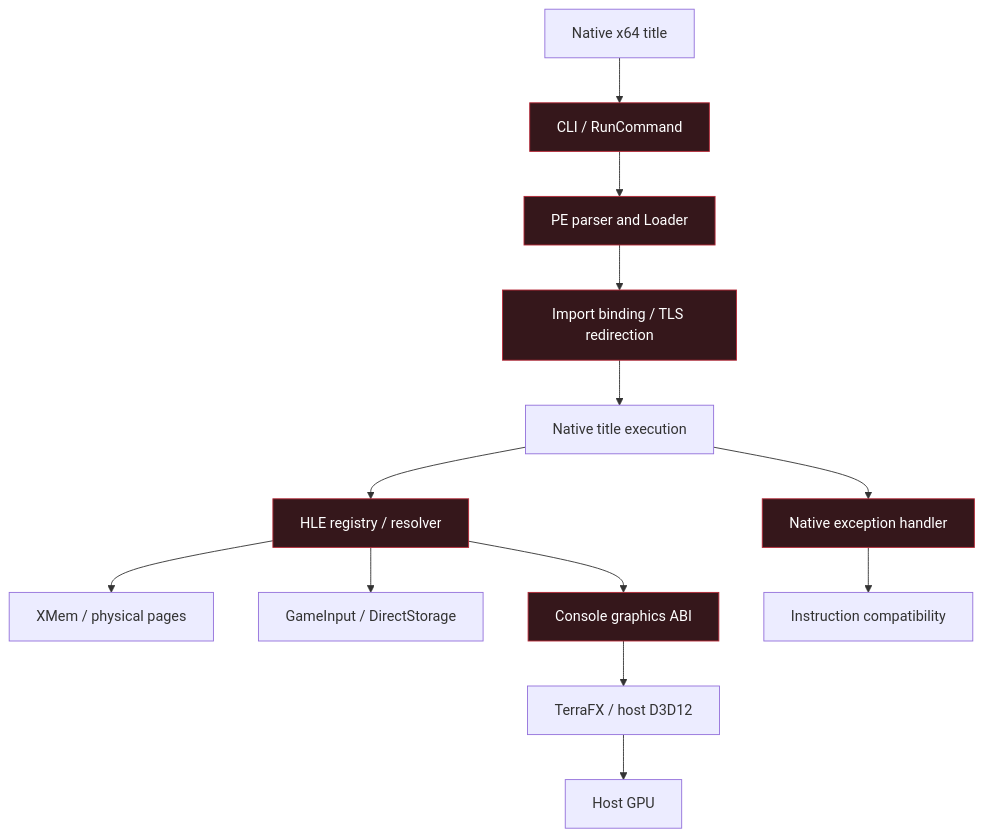
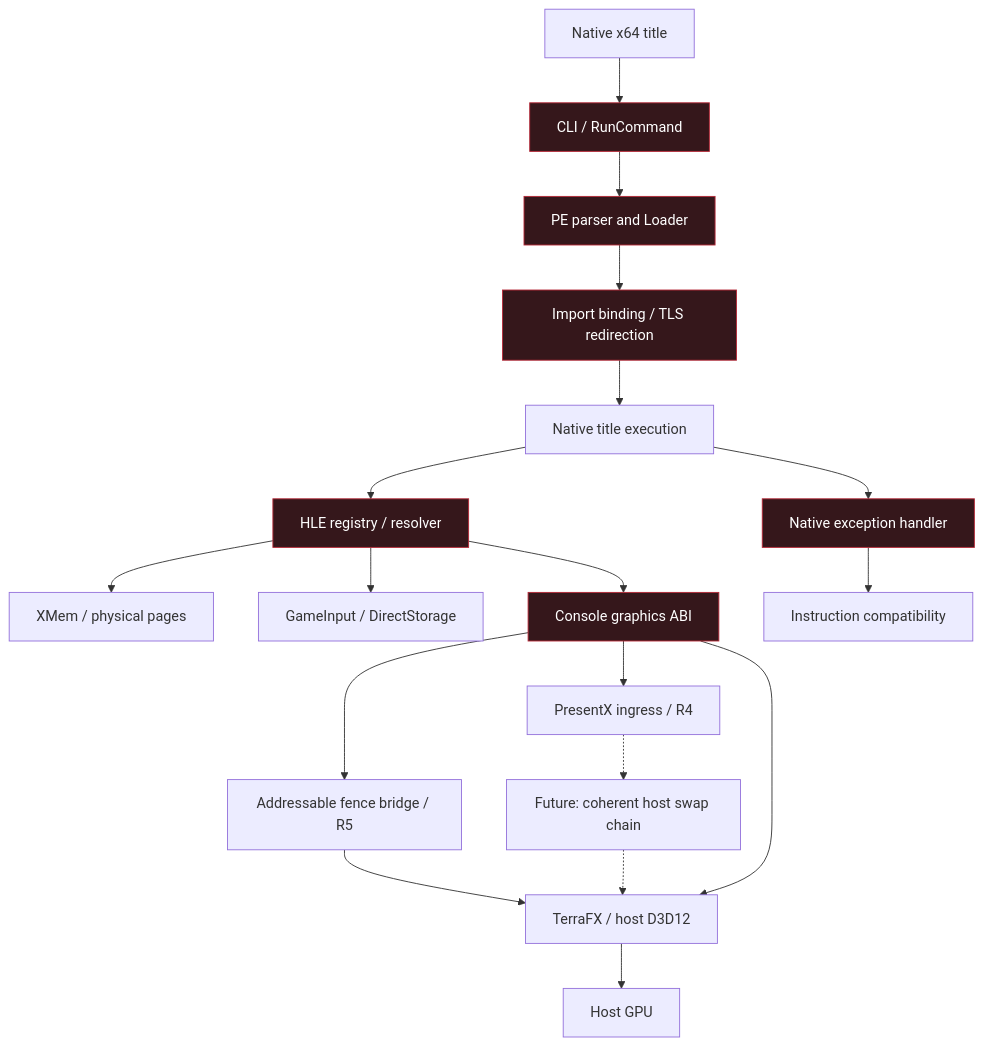
One commit to DBWilliamEngineering/IraRationis changed the first of 5 diagrams in README.md. Above: the diagram before and after it, drawn with Mermaid. The commit also changed other lines of this file and 18 other files, not shown here.

````diff
--- a/README.md
+++ b/README.md
@@ -39,17 +39,22 @@
 ```mermaid
 flowchart TD
     A[Native x64 title] --> B[CLI / RunCommand]
     B --> C[PE parser and Loader]
     C --> D[Import binding / TLS redirection]
     D --> E[Native title execution]
     E --> F[HLE registry / resolver]
     E --> G[Native exception handler]
     F --> H[XMem / physical pages]
     F --> I[GameInput / DirectStorage]
     F --> J[Console graphics ABI]
+    J --> P[PresentX ingress / R4]
+    J --> R[Addressable fence bridge / R5]
+    R --> K
+    P -.-> Q[Future: coherent host swap chain]
+    Q -.-> K
     J --> K[TerraFX / host D3D12]
     K --> L[Host GPU]
     G --> M[Instruction compatibility]
     classDef irx fill:#35171b,stroke:#b52837,color:#fff
     class B,C,D,F,G,J irx
 ```
````
